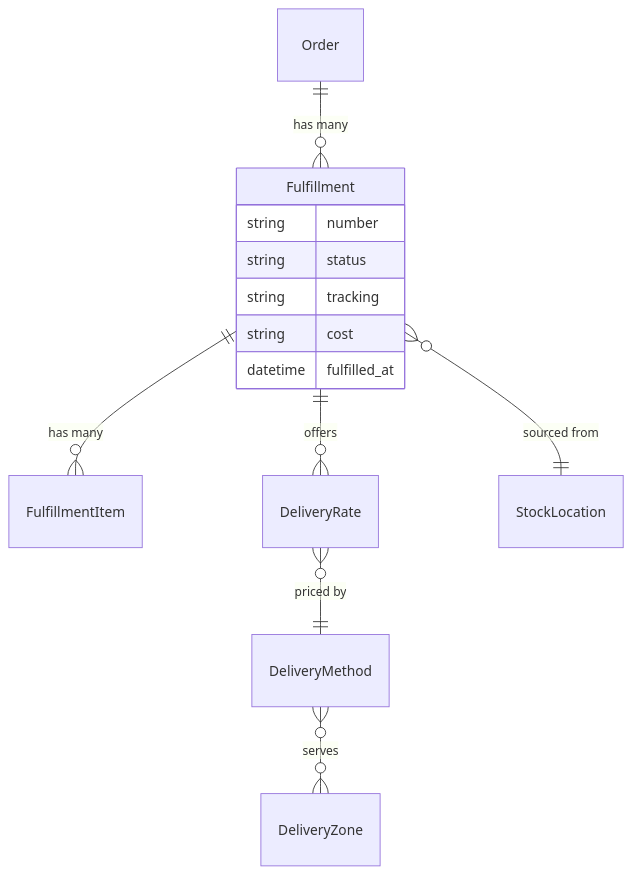
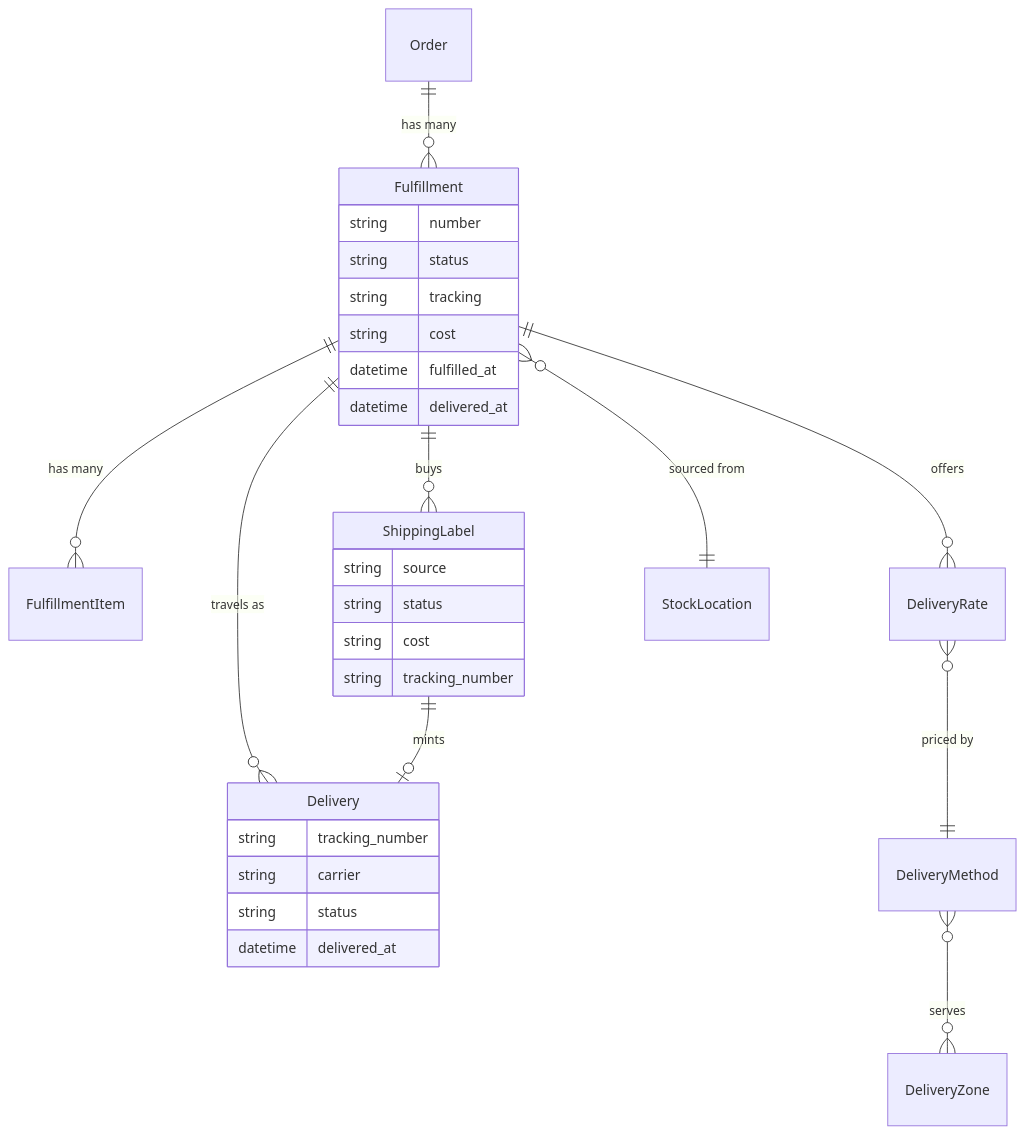
The diagram in docs/developer/core-concepts/fulfillments.mdx (spree/spree), drawn with Mermaid before and after one commit. The commit also changed other lines of this file and 2 other files, not shown here.

First line of the commit message:
Document consignments, shipping labels and return labels

````diff
--- a/docs/developer/core-concepts/fulfillments.mdx
+++ b/docs/developer/core-concepts/fulfillments.mdx
@@ -12,17 +12,33 @@
 ```mermaid
 erDiagram
     Order ||--o{ Fulfillment : "has many"
     Fulfillment ||--o{ FulfillmentItem : "has many"
     Fulfillment ||--o{ DeliveryRate : "offers"
+    Fulfillment ||--o{ Delivery : "travels as"
+    Fulfillment ||--o{ ShippingLabel : "buys"
+    ShippingLabel ||--o| Delivery : "mints"
     Fulfillment }o--|| StockLocation : "sourced from"
     DeliveryRate }o--|| DeliveryMethod : "priced by"
     DeliveryMethod }o--o{ DeliveryZone : "serves"
 
     Fulfillment {
         string number
         string status
         string tracking
         string cost
         datetime fulfilled_at
+        datetime delivered_at
+    }
+    Delivery {
+        string tracking_number
+        string carrier
+        string status
+        datetime delivered_at
+    }
+    ShippingLabel {
+        string source
+        string status
+        string cost
+        string tracking_number
     }
 ```
````
